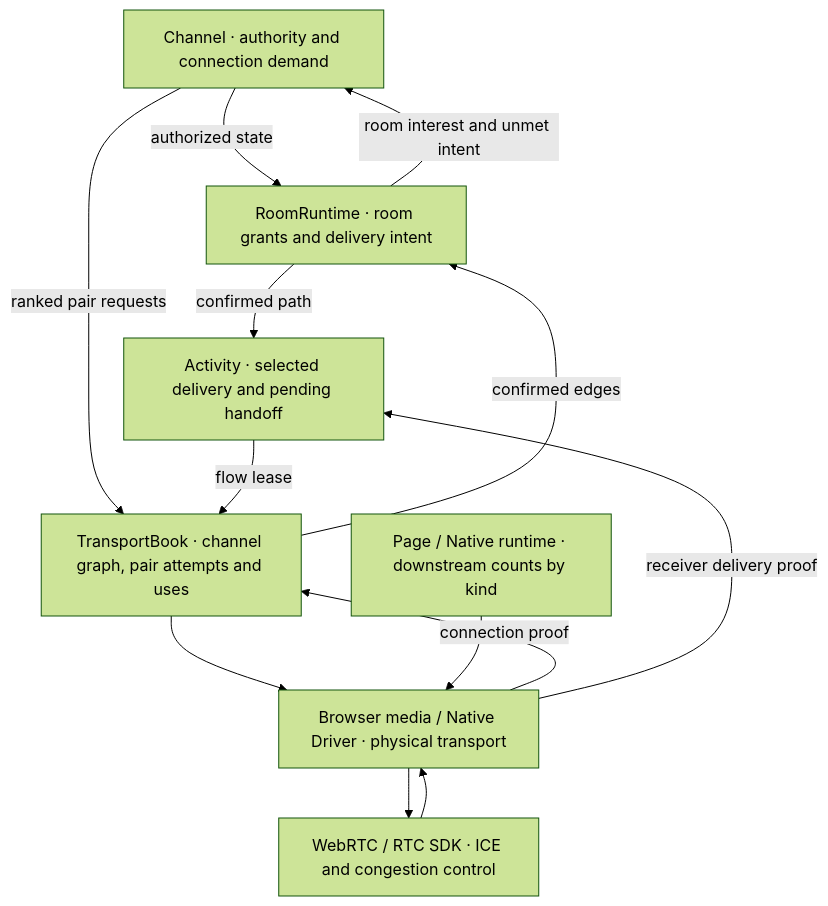
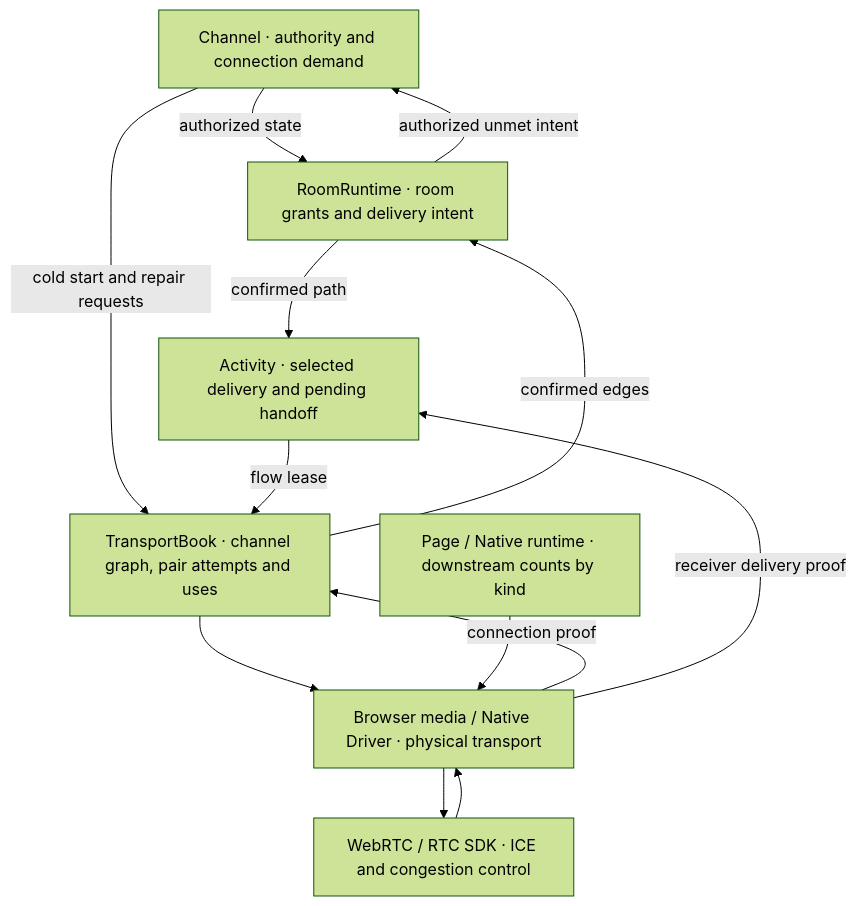
One commit to TNTcraftHIM/Piik changed the diagram in docs/research/channel-forwarding-plan.md. Above: the diagram before and after it, drawn with Mermaid (forest theme). The commit also changed other lines of this file and 50 other files, not shown here.

````diff
--- a/docs/research/channel-forwarding-plan.md
+++ b/docs/research/channel-forwarding-plan.md
@@ -525,15 +520,15 @@
 ```mermaid
 flowchart TD
   C["Channel · authority and connection demand"] -->|"authorized state"| R["RoomRuntime · room grants and delivery intent"]
   R -->|"confirmed path"| P["Activity · selected delivery and pending handoff"]
-  R -->|"room interest and unmet intent"| C
-  C -->|"ranked pair requests"| T["TransportBook · channel graph, pair attempts and uses"]
+  R -->|"authorized unmet intent"| C
+  C -->|"cold start and repair requests"| T["TransportBook · channel graph, pair attempts and uses"]
   P -->|"flow lease"| T
   T --> E["Browser media / Native Driver · physical transport"]
   A["Page / Native runtime · downstream counts by kind"] --> E
   E --> S["WebRTC / RTC SDK · ICE and congestion control"]
   S --> E
   E -->|"connection proof"| T
   T -->|"confirmed edges"| R
   E -->|"receiver delivery proof"| P
 ```
````
